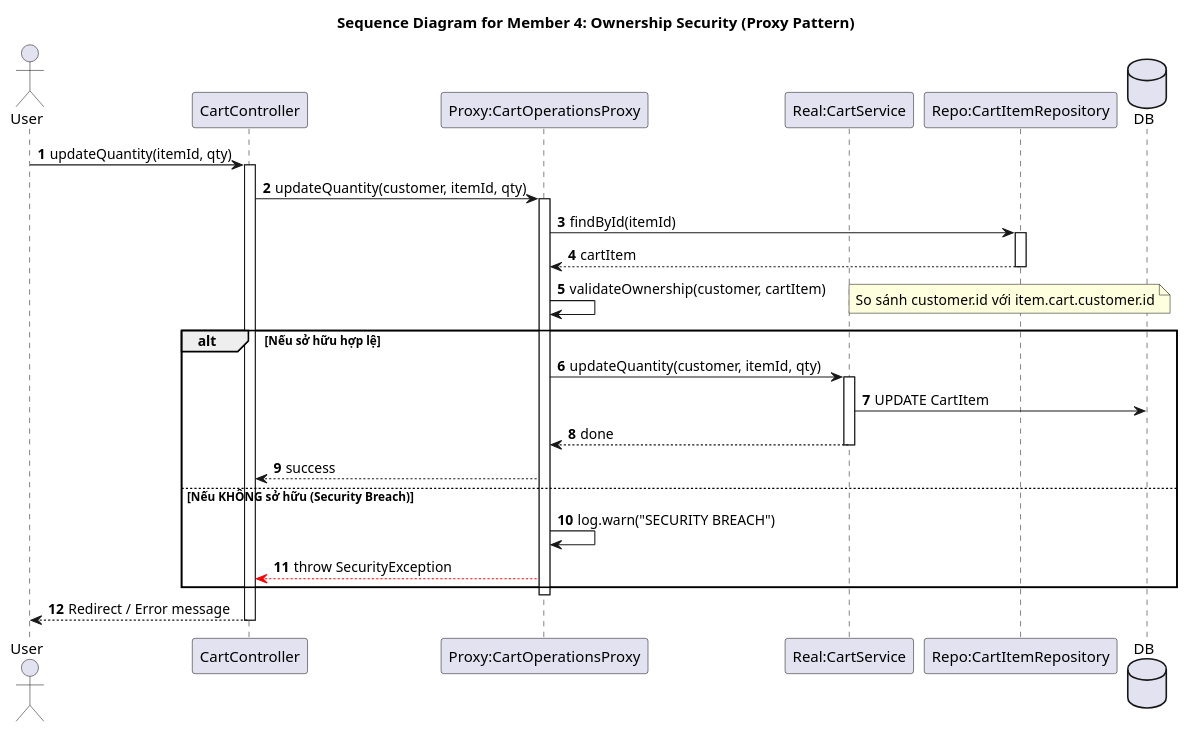
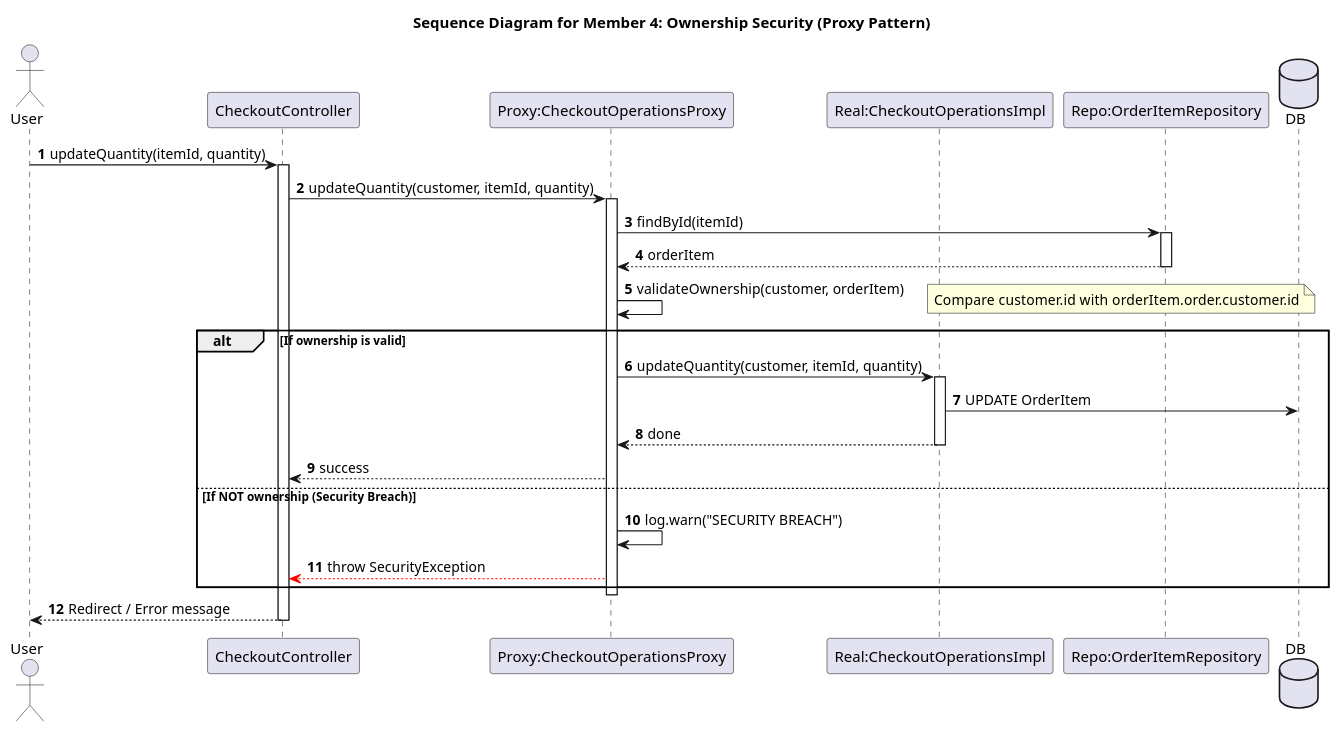
Before and after one commit to vothnha26/Object-Oriented_Design: the diagram in problems/Member4_UserSecurity/task3_security_proxy.puml, drawn with PlantUML. The commit also changed 27 other files, not shown here.

Commit message:
docs: update design problems and sequence diagrams, remove SHIPPER role, and transition to Session/Cookie cart model

```diff
--- a/problems/Member4_UserSecurity/task3_security_proxy.puml
+++ b/problems/Member4_UserSecurity/task3_security_proxy.puml
@@ -1,42 +1,42 @@
-@startuml
+@startuml task3_security_proxy
 title Sequence Diagram for Member 4: Ownership Security (Proxy Pattern)
 autonumber
 
 actor User
-participant "CartController" as CC
-participant "Proxy:CartOperationsProxy" as PROXY
-participant "Real:CartService" as REAL
-participant "Repo:CartItemRepository" as REPO
+participant "CheckoutController" as CC
+participant "Proxy:CheckoutOperationsProxy" as PROXY
+participant "Real:CheckoutOperationsImpl" as REAL
+participant "Repo:OrderItemRepository" as REPO
 database DB
 
-User -> CC : updateQuantity(itemId, qty)
+User -> CC : updateQuantity(itemId, quantity)
 activate CC
 
-CC -> PROXY : updateQuantity(customer, itemId, qty)
+CC -> PROXY : updateQuantity(customer, itemId, quantity)
 activate PROXY
 
 PROXY -> REPO : findById(itemId)
 activate REPO
-REPO --> PROXY : cartItem
+REPO --> PROXY : orderItem
 deactivate REPO
 
-PROXY -> PROXY : validateOwnership(customer, cartItem)
-note right: So sánh customer.id với item.cart.customer.id
+PROXY -> PROXY : validateOwnership(customer, orderItem)
+note right: Compare customer.id with orderItem.order.customer.id
 
-alt Nếu sở hữu hợp lệ
-    PROXY -> REAL : updateQuantity(customer, itemId, qty)
+alt If ownership is valid
+    PROXY -> REAL : updateQuantity(customer, itemId, quantity)
     activate REAL
-    REAL -> DB : UPDATE CartItem
+    REAL -> DB : UPDATE OrderItem
     REAL --> PROXY : done
     deactivate REAL
     PROXY --> CC : success
-else Nếu KHÔNG sở hữu (Security Breach)
+else If NOT ownership (Security Breach)
     PROXY -> PROXY : log.warn("SECURITY BREACH")
     PROXY --[#red]> CC : throw SecurityException
 end
 
 deactivate PROXY
 CC --> User : Redirect / Error message
 deactivate CC
 
 @enduml
```
